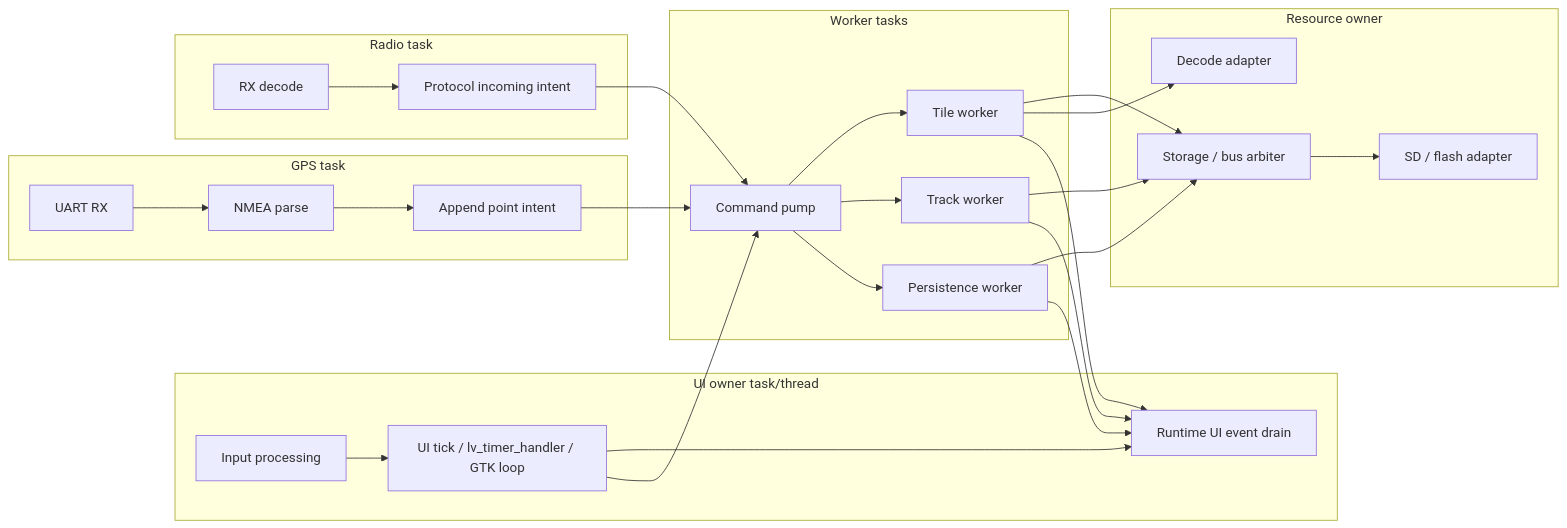
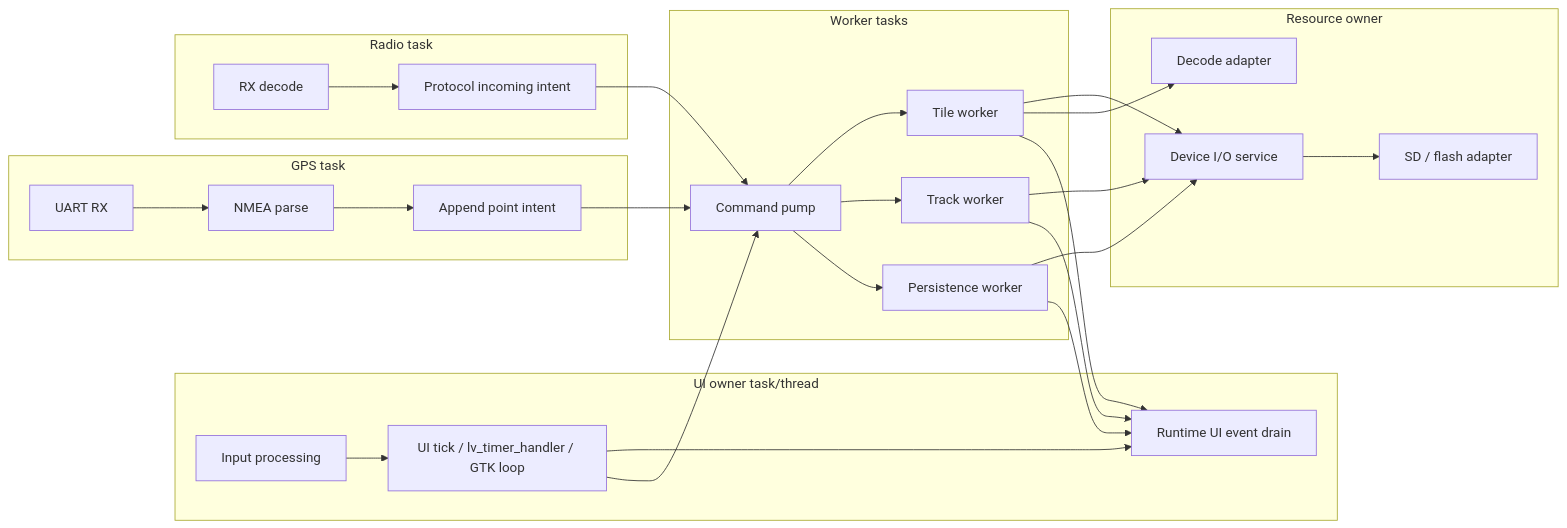
The fifth of 23 diagrams in docs/specification/UI_STORAGE_EVENT_RUNTIME_DESIGN_SPEC.md (manmuqingshan/trail-mate), drawn with Mermaid before and after one commit. The commit also changed other lines of this file and 95 other files, not shown here.

````diff
--- a/docs/specification/UI_STORAGE_EVENT_RUNTIME_DESIGN_SPEC.md
+++ b/docs/specification/UI_STORAGE_EVENT_RUNTIME_DESIGN_SPEC.md
@@ -553,52 +508,52 @@
 ```mermaid
 flowchart LR
   subgraph UiTask["UI owner task/thread"]
     Input["Input processing"]
     UiTick["UI tick / lv_timer_handler / GTK loop"]
     UiDrain["Runtime UI event drain"]
   end
 
   subgraph GpsTask["GPS task"]
     UartRx["UART RX"]
     Parse["NMEA parse"]
     PointIntent["Append point intent"]
   end
 
   subgraph RadioTask["Radio task"]
     RadioRx["RX decode"]
     ProtocolIntent["Protocol incoming intent"]
   end
 
   subgraph WorkerTasks["Worker tasks"]
     CommandPump["Command pump"]
     TileWorker["Tile worker"]
     TrackWorker["Track worker"]
     PersistWorker["Persistence worker"]
   end
 
   subgraph ResourceOwner["Resource owner"]
-    Arbiter["Storage / bus arbiter"]
+    DeviceIo["Device I/O service"]
     Storage["SD / flash adapter"]
     Decode["Decode adapter"]
   end
 
   Input --> UiTick
   UiTick --> UiDrain
   UiTick --> CommandPump
   UartRx --> Parse
   Parse --> PointIntent
   PointIntent --> CommandPump
   RadioRx --> ProtocolIntent
   ProtocolIntent --> CommandPump
   CommandPump --> TileWorker
   CommandPump --> TrackWorker
   CommandPump --> PersistWorker
-  TileWorker --> Arbiter
-  TrackWorker --> Arbiter
-  PersistWorker --> Arbiter
-  Arbiter --> Storage
+  TileWorker --> DeviceIo
+  TrackWorker --> DeviceIo
+  PersistWorker --> DeviceIo
+  DeviceIo --> Storage
   TileWorker --> Decode
   TileWorker --> UiDrain
   TrackWorker --> UiDrain
   PersistWorker --> UiDrain
 ```
````
